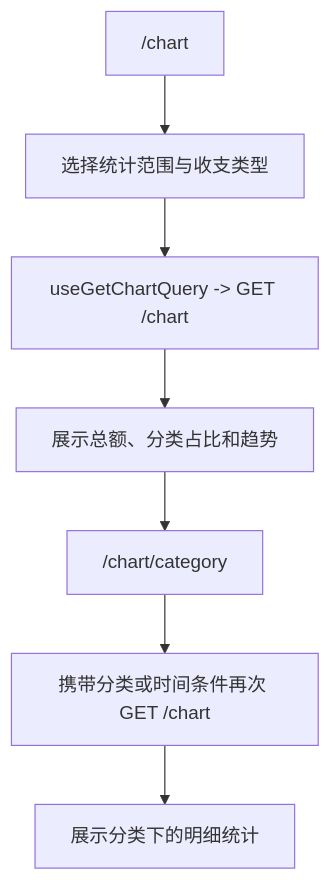
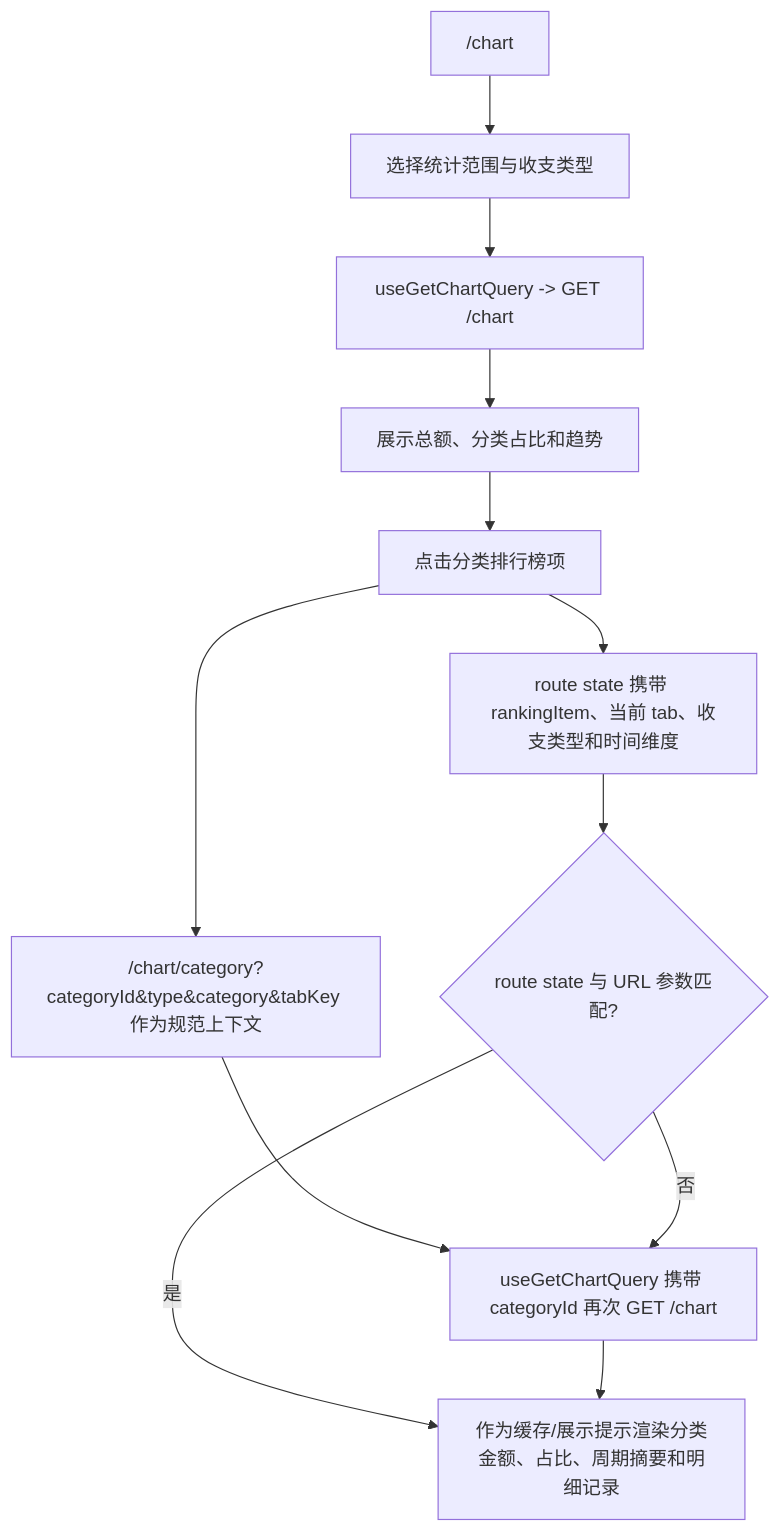
Before and after one commit to whale-wave/ww-bill-client: the seventh of 12 diagrams in docs/flowcharts/feature-flows.md, drawn with Mermaid. The commit also changed other lines of this file and 46 other files, not shown here.

````diff
--- a/docs/flowcharts/feature-flows.md
+++ b/docs/flowcharts/feature-flows.md
@@ -208,9 +221,14 @@
 ```mermaid
 flowchart TD
   ChartHome["/chart"] --> PickRange["选择统计范围与收支类型"]
   PickRange --> ChartApi["useGetChartQuery -> GET /chart"]
   ChartApi --> ChartView["展示总额、分类占比和趋势"]
-  ChartView --> CategoryDetail["/chart/category"]
-  CategoryDetail --> SameApi["携带分类或时间条件再次 GET /chart"]
-  SameApi --> CategoryList["展示分类下的明细统计"]
+  ChartView --> RankingClick["点击分类排行榜项"]
+  RankingClick --> CategoryDetail["/chart/category?categoryId&type&category&tabKey 作为规范上下文"]
+  RankingClick --> RouteState["route state 携带 rankingItem、当前 tab、收支类型和时间维度"]
+  CategoryDetail --> SameApi["useGetChartQuery 携带 categoryId 再次 GET /chart"]
+  RouteState --> MatchState{"route state 与 URL 参数匹配?"}
+  MatchState -->|是| CategorySummary["作为缓存/展示提示渲染分类金额、占比、周期摘要和明细记录"]
+  MatchState -->|否| SameApi
+  SameApi --> CategorySummary
 ```
````
